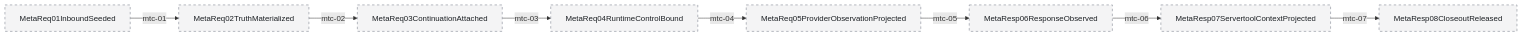
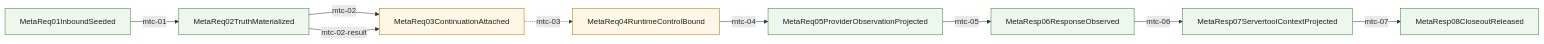
One commit to Jasonzhangf/routecodex changed the seventh of 7 diagrams in docs/architecture/wiki/mainline-call-graph.md. Above: the diagram before and after it, drawn with Mermaid. The commit also changed other lines of this file and 220 other files, not shown here.

First line of the commit message:
build(architecture): lock hub review surface

````diff
--- a/docs/architecture/wiki/mainline-call-graph.md
+++ b/docs/architecture/wiki/mainline-call-graph.md
@@ -266,29 +274,30 @@
 ```mermaid
 flowchart LR
   MetaResp08CloseoutReleased["MetaResp08CloseoutReleased"]
   MetaResp07ServertoolContextProjected["MetaResp07ServertoolContextProjected"]
   MetaResp06ResponseObserved["MetaResp06ResponseObserved"]
   MetaReq05ProviderObservationProjected["MetaReq05ProviderObservationProjected"]
   MetaReq04RuntimeControlBound["MetaReq04RuntimeControlBound"]
   MetaReq03ContinuationAttached["MetaReq03ContinuationAttached"]
   MetaReq02TruthMaterialized["MetaReq02TruthMaterialized"]
   MetaReq01InboundSeeded["MetaReq01InboundSeeded"]
   MetaReq01InboundSeeded -->|mtc-01| MetaReq02TruthMaterialized
   MetaReq02TruthMaterialized -->|mtc-02| MetaReq03ContinuationAttached
-  MetaReq03ContinuationAttached -->|mtc-03| MetaReq04RuntimeControlBound
+  MetaReq02TruthMaterialized -->|mtc-02-result| MetaReq03ContinuationAttached
+  MetaReq03ContinuationAttached -.->|mtc-03| MetaReq04RuntimeControlBound
   MetaReq04RuntimeControlBound -->|mtc-04| MetaReq05ProviderObservationProjected
   MetaReq05ProviderObservationProjected -->|mtc-05| MetaResp06ResponseObserved
   MetaResp06ResponseObserved -->|mtc-06| MetaResp07ServertoolContextProjected
   MetaResp07ServertoolContextProjected -->|mtc-07| MetaResp08CloseoutReleased
   classDef anchored fill:#edf7ed,stroke:#2e7d32,stroke-width:1px,color:#1b1f23;
   classDef partial fill:#fff7e6,stroke:#b26a00,stroke-width:1px,color:#1b1f23;
   classDef pending fill:#f4f4f5,stroke:#6b7280,stroke-width:1px,stroke-dasharray: 5 5,color:#1b1f23;
-  class MetaReq01InboundSeeded pending;
-  class MetaReq02TruthMaterialized pending;
-  class MetaReq03ContinuationAttached pending;
-  class MetaReq04RuntimeControlBound pending;
-  class MetaReq05ProviderObservationProjected pending;
-  class MetaResp06ResponseObserved pending;
-  class MetaResp07ServertoolContextProjected pending;
-  class MetaResp08CloseoutReleased pending;
+  class MetaReq01InboundSeeded anchored;
+  class MetaReq02TruthMaterialized anchored;
+  class MetaReq03ContinuationAttached partial;
+  class MetaReq04RuntimeControlBound partial;
+  class MetaReq05ProviderObservationProjected anchored;
+  class MetaResp06ResponseObserved anchored;
+  class MetaResp07ServertoolContextProjected anchored;
+  class MetaResp08CloseoutReleased anchored;
 ```
````
